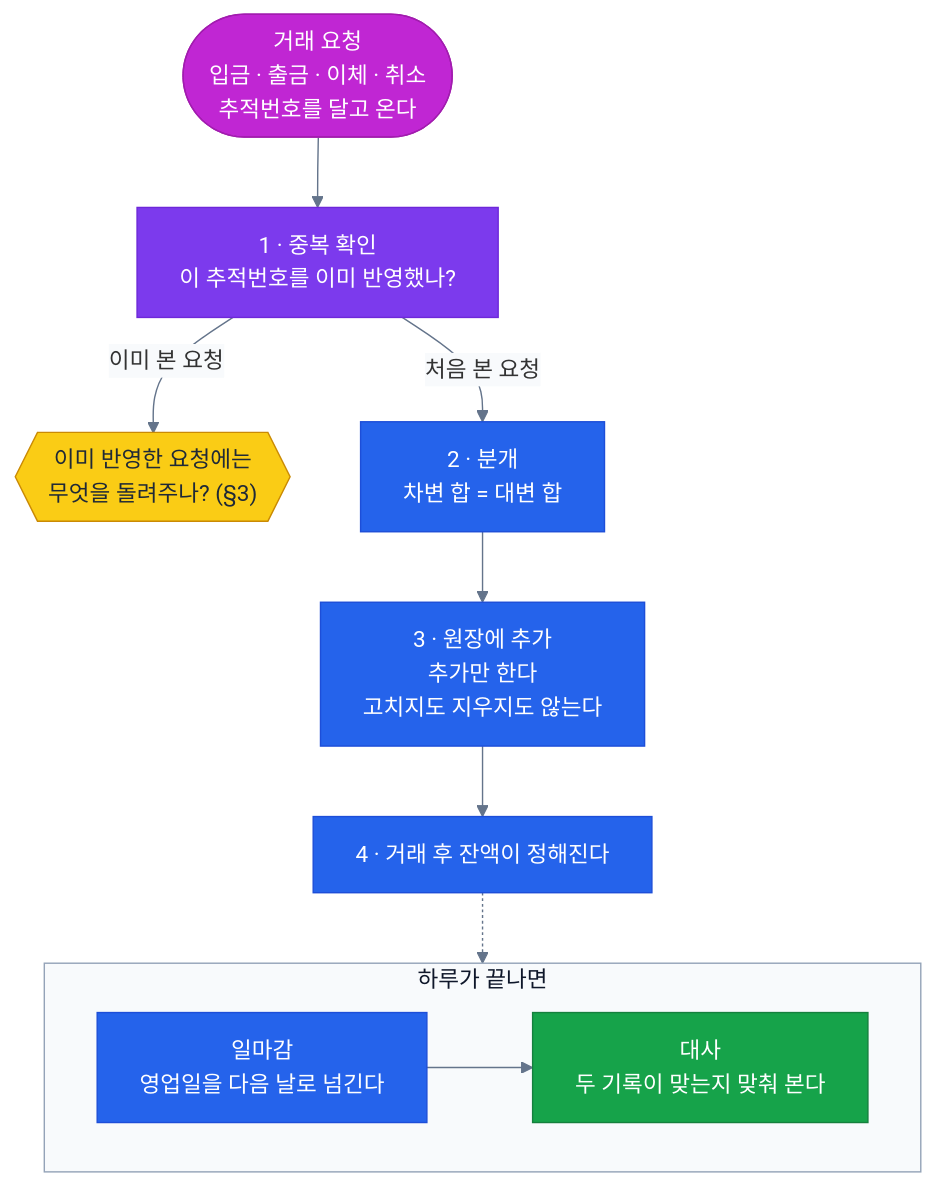
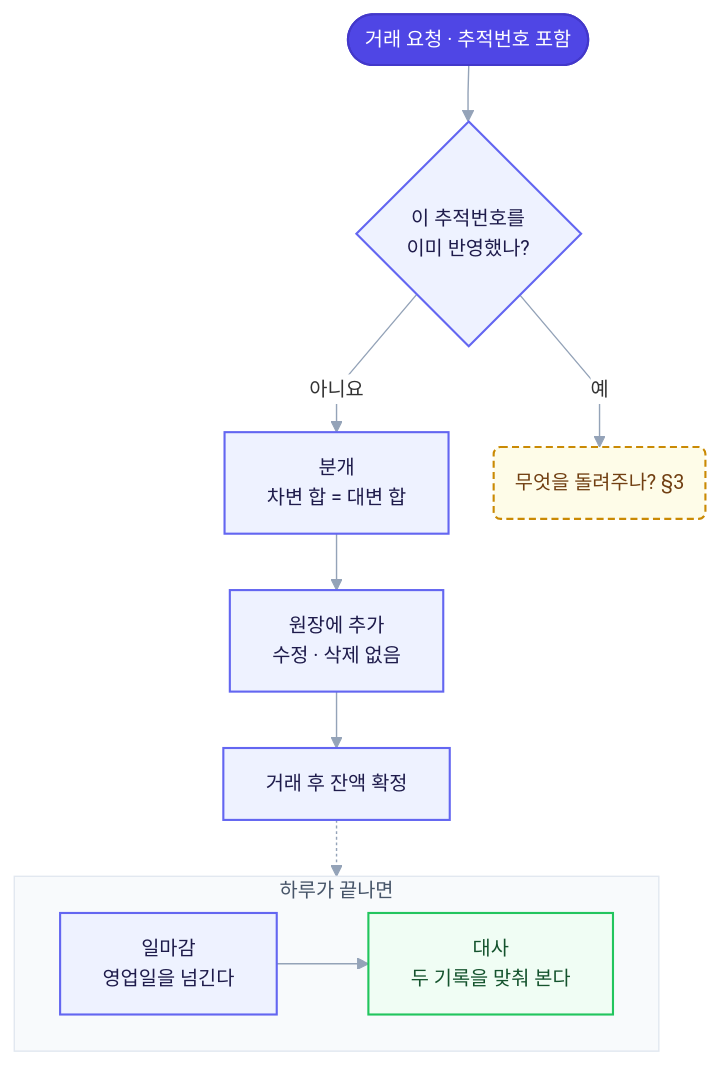
One commit to CCAFY/core-banking changed the second of 7 diagrams in docs/primer.md. Above: the diagram before and after it, drawn with Mermaid. The commit also changed other lines of this file, not shown here.

````diff
--- a/docs/primer.md
+++ b/docs/primer.md
@@ -42,30 +28,26 @@
 ```mermaid
-%%{init: {"theme": "base", "themeVariables": {"lineColor": "#64748B", "edgeLabelBackground": "#F8FAFC", "clusterBkg": "#F8FAFC", "clusterBorder": "#94A3B8", "titleColor": "#0F172A", "textColor": "#0F172A"}}}%%
-flowchart TD
-    classDef event  fill:#C026D3,stroke:#A21CAF,color:#FFFFFF
-    classDef step   fill:#2563EB,stroke:#1D4ED8,color:#FFFFFF
-    classDef idem   fill:#7C3AED,stroke:#6D28D9,color:#FFFFFF
-    classDef ok     fill:#16A34A,stroke:#15803D,color:#FFFFFF
-    classDef decide fill:#FACC15,stroke:#CA8A04,color:#1F2937
+%%{init: {"theme": "base", "themeVariables": {"fontSize": "14px", "lineColor": "#94A3B8", "textColor": "#334155", "edgeLabelBackground": "#FFFFFF", "clusterBkg": "#F8FAFC", "clusterBorder": "#E2E8F0", "titleColor": "#475569"}, "flowchart": {"curve": "linear", "nodeSpacing": 32, "rankSpacing": 40}}}%%
+flowchart TB
+    classDef input  fill:#4F46E5,stroke:#4338CA,stroke-width:1.5px,color:#FFFFFF
+    classDef step   fill:#EEF2FF,stroke:#6366F1,stroke-width:1.5px,color:#1E1B4B
+    classDef ok     fill:#F0FDF4,stroke:#22C55E,stroke-width:1.5px,color:#14532D
+    classDef open   fill:#FEFCE8,stroke:#CA8A04,stroke-width:1.5px,stroke-dasharray:5 3,color:#713F12
 
-    REQ(["거래 요청<br/>입금 · 출금 · 이체 · 취소<br/>추적번호를 달고 온다"]):::event
-    S1["1 · 중복 확인<br/>이 추적번호를 이미 반영했나?"]:::idem
-    DUP{{"이미 반영한 요청에는<br/>무엇을 돌려주나? (§3)"}}:::decide
-    S2["2 · 분개<br/>차변 합 = 대변 합"]:::step
-    S3["3 · 원장에 추가<br/>추가만 한다<br/>고치지도 지우지도 않는다"]:::step
-    S4["4 · 거래 후 잔액이 정해진다"]:::step
+    REQ(["거래 요청 · 추적번호 포함"]):::input
+    DUP{"이 추적번호를<br/>이미 반영했나?"}:::step
+    S2["분개<br/>차변 합 = 대변 합"]:::step
+    S3["원장에 추가<br/>수정 · 삭제 없음"]:::step
+    S4["거래 후 잔액 확정"]:::step
+    ANS("무엇을 돌려주나? §3"):::open
 
-    REQ --> S1
-    S1 -- "처음 본 요청" --> S2
-    S1 -- "이미 본 요청" --> DUP
-    S2 --> S3 --> S4
+    REQ --> DUP
+    DUP -- "아니요" --> S2 --> S3 --> S4
+    DUP -- "예" --> ANS
 
     subgraph EOD ["하루가 끝나면"]
         direction LR
-        E1["일마감<br/>영업일을 다음 날로 넘긴다"]:::step
-        E2["대사<br/>두 기록이 맞는지 맞춰 본다"]:::ok
-        E1 --> E2
+        E1["일마감<br/>영업일을 넘긴다"]:::step --> E2["대사<br/>두 기록을 맞춰 본다"]:::ok
     end
 
     S4 -.-> EOD
 ```
````
